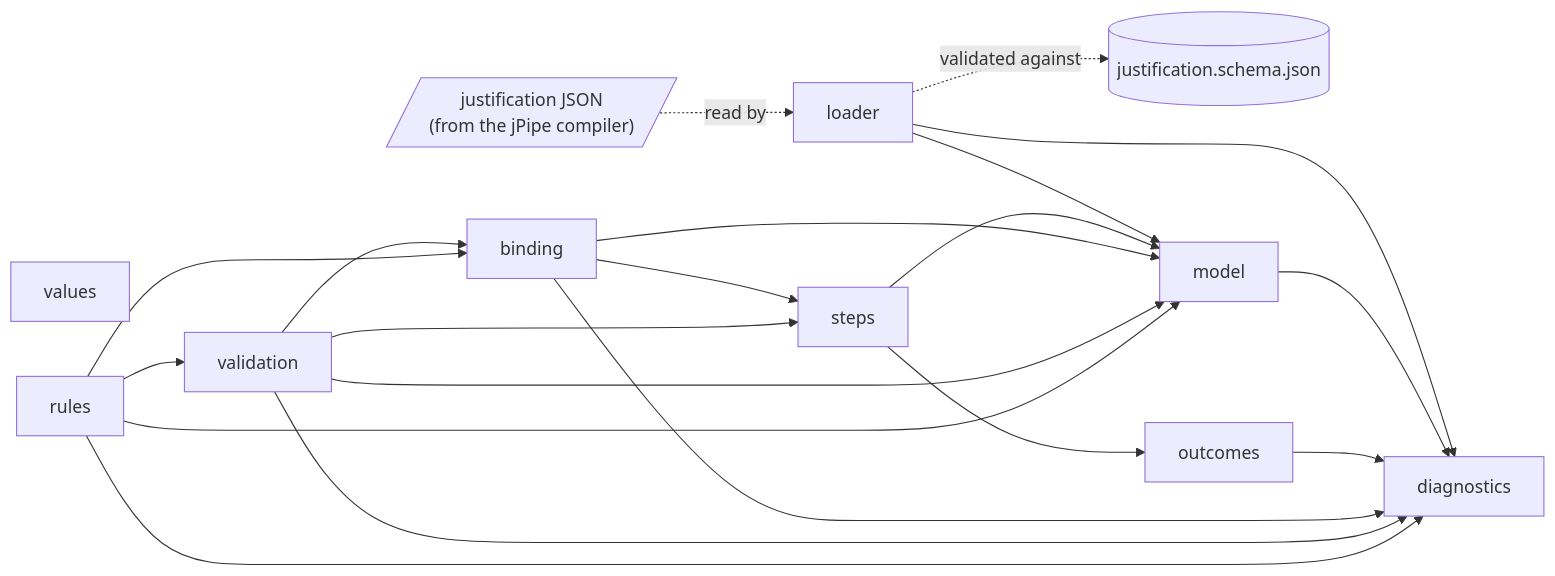
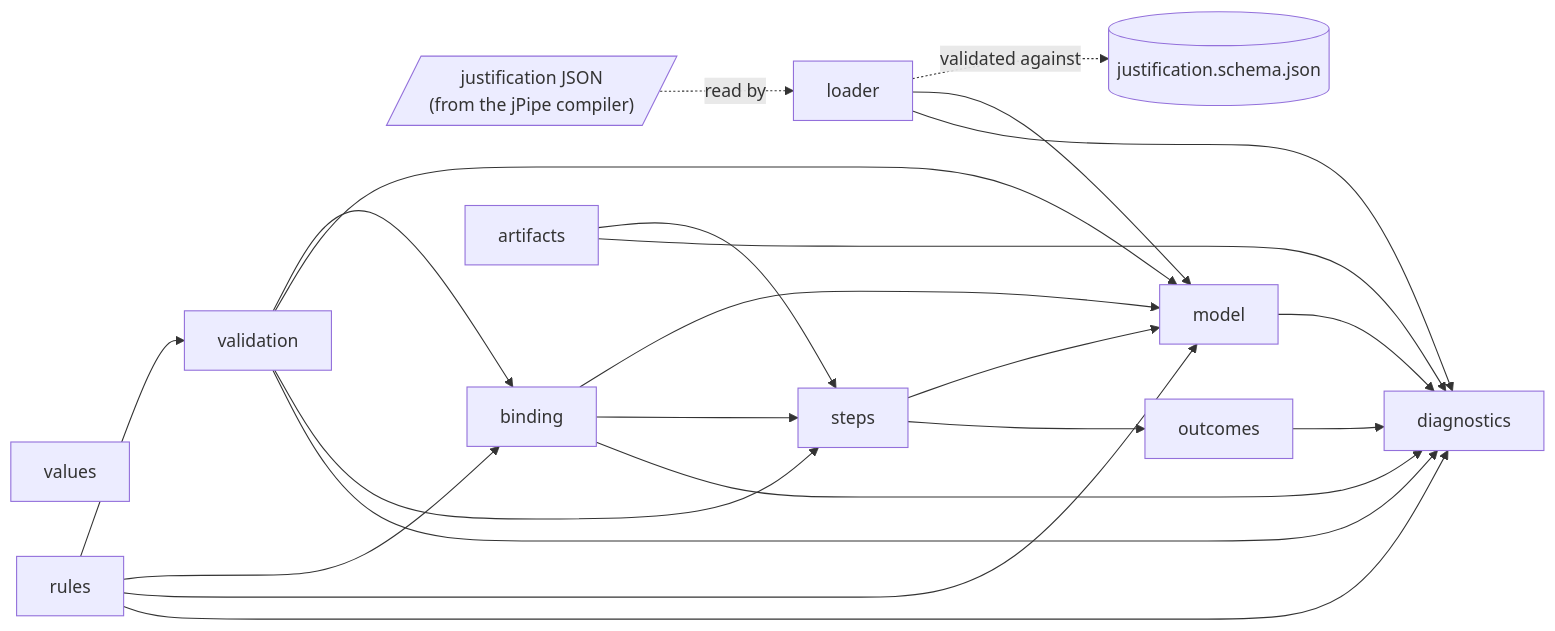
One commit to jpipe-mcscert/jpipe-runner changed the first of 2 diagrams in docs/design.md. Above: the diagram before and after it, drawn with Mermaid. The commit also changed other lines of this file and 12 other files, not shown here.

````diff
--- a/docs/design.md
+++ b/docs/design.md
@@ -8,26 +8,28 @@
 ```mermaid
 flowchart LR
     json[/"justification JSON<br>(from the jPipe compiler)"/]
     schema[("justification.schema.json")]
 
     json -.->|read by| loader
     loader -.->|validated against| schema
     loader --> model
     loader --> diagnostics
     model --> diagnostics
     outcomes --> diagnostics
     steps --> model
     steps --> outcomes
     values[values]
     binding --> model
     binding --> steps
     binding --> diagnostics
     validation --> binding
     validation --> model
     validation --> steps
     validation --> diagnostics
     rules --> validation
     rules --> binding
     rules --> model
     rules --> diagnostics
+    artifacts --> steps
+    artifacts --> diagnostics
 ```
````
